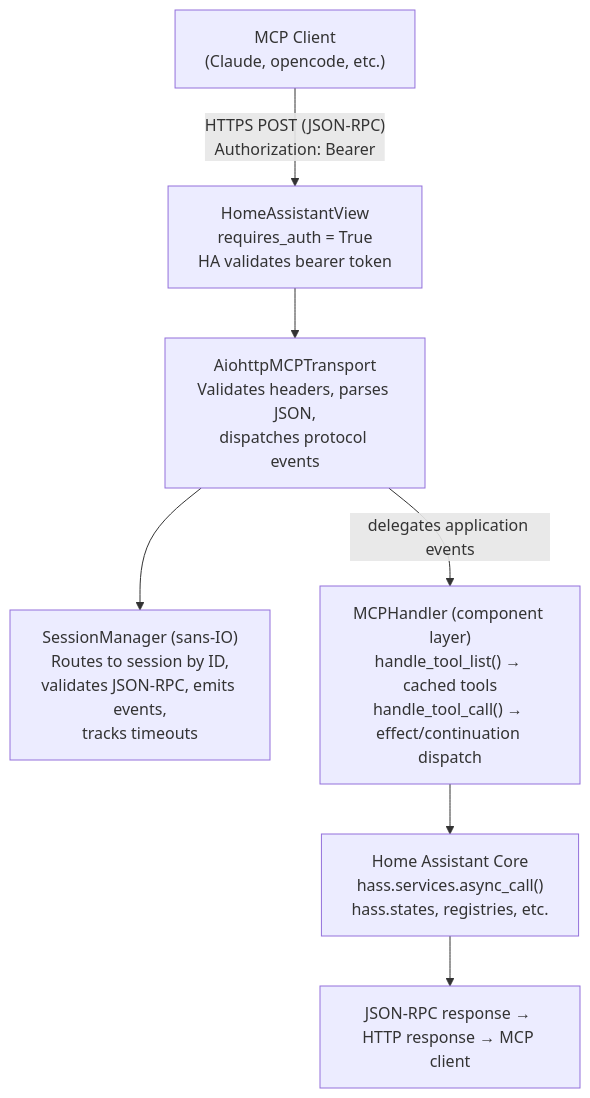
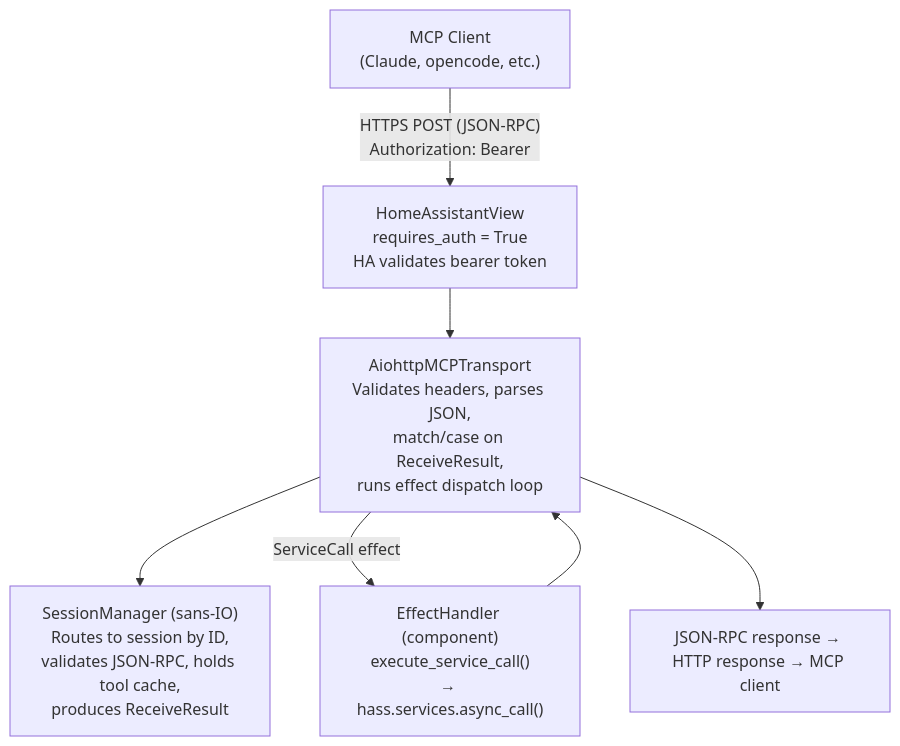
One commit to altendky/hamster-mcp changed the first of 6 diagrams in docs/src/project/data-flow.md. Above: the diagram before and after it, drawn with Mermaid. The commit also changed other lines of this file and 4 other files, not shown here.

First line of the commit message:
Redesign: core produces responses, handler shrinks to EffectHandler

````diff
--- a/docs/src/project/data-flow.md
+++ b/docs/src/project/data-flow.md
@@ -10,17 +10,16 @@
 ```mermaid
 flowchart TB
     client["MCP Client<br/>(Claude, opencode, etc.)"]
     view["HomeAssistantView<br/>requires_auth = True<br/>HA validates bearer token"]
-    transport["AiohttpMCPTransport<br/>Validates headers, parses JSON,<br/>dispatches protocol events"]
-    manager["SessionManager (sans-IO)<br/>Routes to session by ID,<br/>validates JSON-RPC, emits events,<br/>tracks timeouts"]
-    handler["MCPHandler (component layer)<br/>handle_tool_list() → cached tools<br/>handle_tool_call() → effect/continuation dispatch"]
-    ha["Home Assistant Core<br/>hass.services.async_call()<br/>hass.states, registries, etc."]
+    transport["AiohttpMCPTransport<br/>Validates headers, parses JSON,<br/>match/case on ReceiveResult,<br/>runs effect dispatch loop"]
+    manager["SessionManager (sans-IO)<br/>Routes to session by ID,<br/>validates JSON-RPC, holds tool cache,<br/>produces ReceiveResult"]
+    effect["EffectHandler (component)<br/>execute_service_call()<br/>→ hass.services.async_call()"]
     response["JSON-RPC response → HTTP response → MCP client"]
 
     client -->|"HTTPS POST (JSON-RPC)<br/>Authorization: Bearer"| view
     view --> transport
     transport --> manager
-    transport -->|"delegates application events"| handler
-    handler --> ha
-    ha --> response
+    transport -->|"ServiceCall effect"| effect
+    effect --> transport
+    transport --> response
 ```
````
